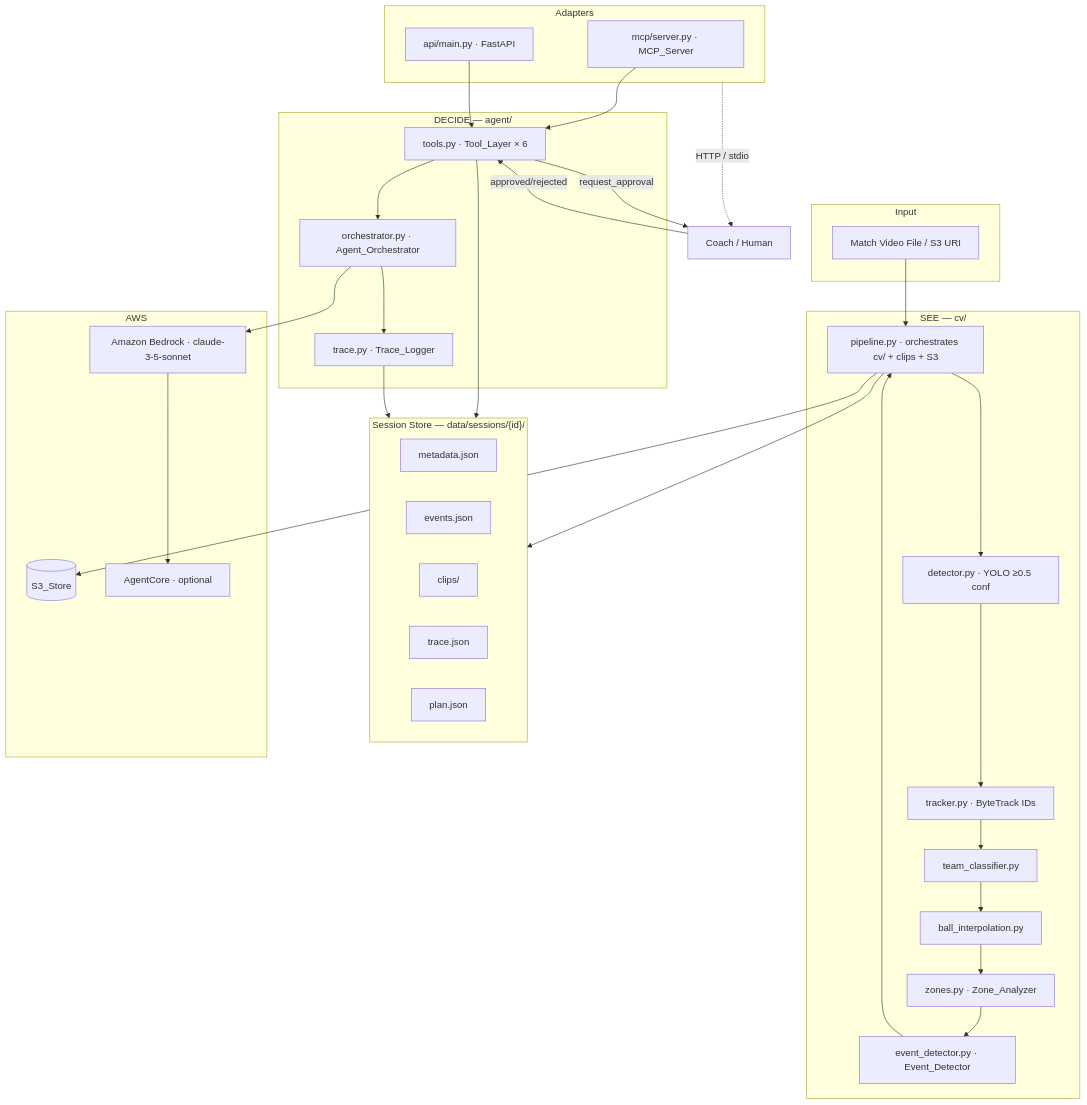
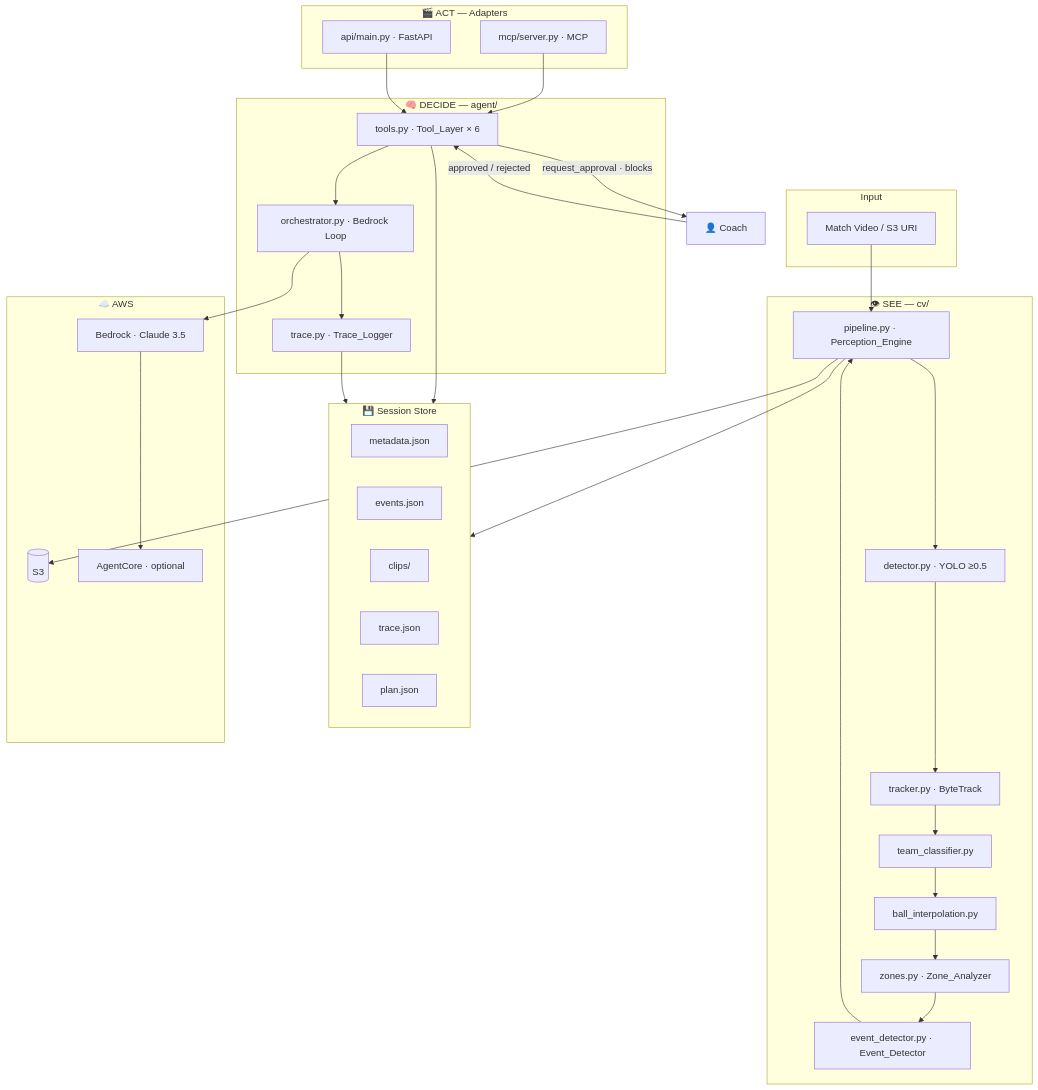
Before and after one commit to ousssamarahmani/Tactiframe: the diagram in README.md, drawn with Mermaid. The commit also changed other lines of this file and 1 other file, not shown here.

````diff
--- a/README.md
+++ b/README.md
@@ -39,61 +93,56 @@
 ```mermaid
 graph TD
     subgraph Input
-        VIDEO[Match Video File / S3 URI]
+        VIDEO[Match Video / S3 URI]
     end
 
-    subgraph SEE["SEE — cv/"]
-        DET[detector.py · YOLO ≥0.5 conf]
-        TRK[tracker.py · ByteTrack IDs]
+    subgraph SEE["👁 SEE — cv/"]
+        DET[detector.py · YOLO ≥0.5]
+        TRK[tracker.py · ByteTrack]
         TC[team_classifier.py]
         BI[ball_interpolation.py]
         ZA[zones.py · Zone_Analyzer]
         ED[event_detector.py · Event_Detector]
-        PL[pipeline.py · orchestrates cv/ + clips + S3]
+        PL[pipeline.py · Perception_Engine]
     end
 
-    subgraph STORE["Session Store — data/sessions/{id}/"]
+    subgraph STORE["💾 Session Store"]
         META[metadata.json]
         EVTS[events.json]
         CLIPS[clips/]
         TRACE[trace.json]
         PLAN[plan.json]
     end
 
-    subgraph DECIDE["DECIDE — agent/"]
+    subgraph DECIDE["🧠 DECIDE — agent/"]
         TOOLS[tools.py · Tool_Layer × 6]
-        ORCH[orchestrator.py · Agent_Orchestrator]
+        ORCH[orchestrator.py · Bedrock Loop]
         TL[trace.py · Trace_Logger]
     end
 
-    subgraph AWS
-        S3[(S3_Store)]
-        BDR[Amazon Bedrock · claude-3-5-sonnet]
+    subgraph AWS["☁️ AWS"]
+        S3[(S3)]
+        BDR[Bedrock · Claude 3.5]
         AGC[AgentCore · optional]
     end
 
-    subgraph ADAPTERS["Adapters"]
-        MCP[mcp/server.py · MCP_Server]
+    subgraph ACT["🎬 ACT — Adapters"]
+        MCP[mcp/server.py · MCP]
         API[api/main.py · FastAPI]
     end
 
-    COACH[Coach / Human]
+    COACH["👤 Coach"]
 
     VIDEO --> PL
     PL --> DET --> TRK --> TC --> BI --> ZA --> ED --> PL
-    PL --> STORE
-    PL --> S3
+    PL --> STORE & S3
 
-    TOOLS --> STORE
-    TOOLS --> ORCH
-    ORCH --> BDR
-    BDR --> AGC
+    TOOLS --> STORE & ORCH
+    ORCH --> BDR --> AGC
     ORCH --> TL --> STORE
 
-    TOOLS -->|request_approval| COACH
-    COACH -->|approved/rejected| TOOLS
+    TOOLS -->|request_approval · blocks| COACH
+    COACH -->|approved / rejected| TOOLS
 
-    MCP --> TOOLS
-    API --> TOOLS
-    ADAPTERS -.->|HTTP / stdio| COACH
+    MCP & API --> TOOLS
 ```
````
